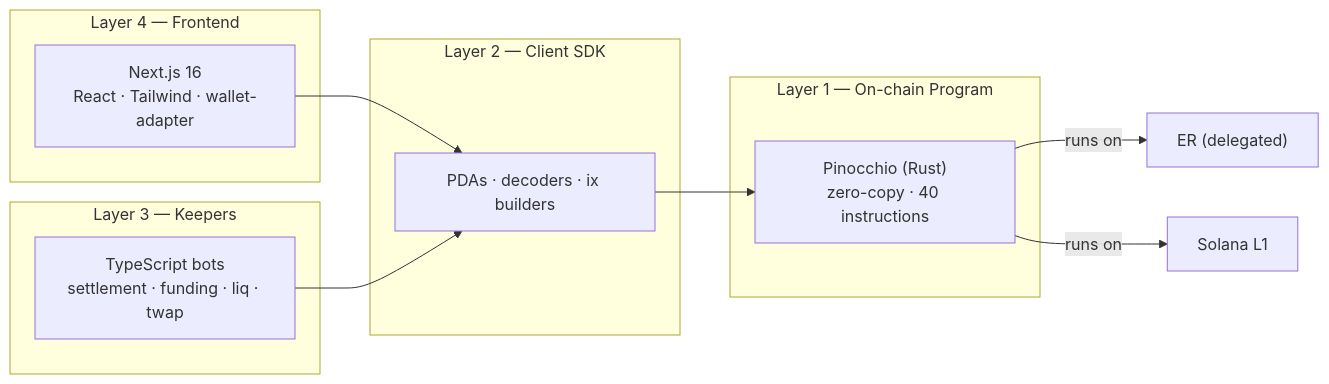
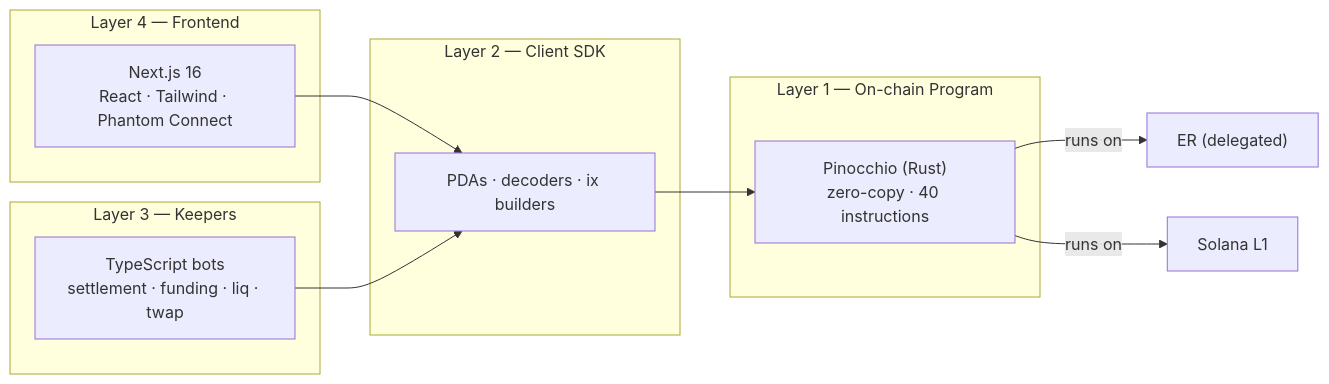
One commit to Ansh-699/SlipStream changed the second of 10 diagrams in docs/00-architecture-diagrams.md. Above: the diagram before and after it, drawn with Mermaid. The commit also changed other lines of this file and 2 other files, not shown here.

````diff
--- a/docs/00-architecture-diagrams.md
+++ b/docs/00-architecture-diagrams.md
@@ -107,21 +107,21 @@
 ```mermaid
 flowchart LR
   subgraph L4["Layer 4 — Frontend"]
-    F["Next.js 16<br/>React · Tailwind · wallet-adapter"]
+    F["Next.js 16<br/>React · Tailwind · Phantom Connect"]
   end
   subgraph L3["Layer 3 — Keepers"]
     K["TypeScript bots<br/>settlement · funding · liq · twap"]
   end
   subgraph L2["Layer 2 — Client SDK"]
     S["PDAs · decoders · ix builders"]
   end
   subgraph L1p["Layer 1 — On-chain Program"]
     P["Pinocchio (Rust)<br/>zero-copy · 40 instructions"]
   end
 
   F --> S
   K --> S
   S --> P
   P -->|runs on| ER2["ER (delegated)"]
   P -->|runs on| L1b["Solana L1"]
 ```
````
